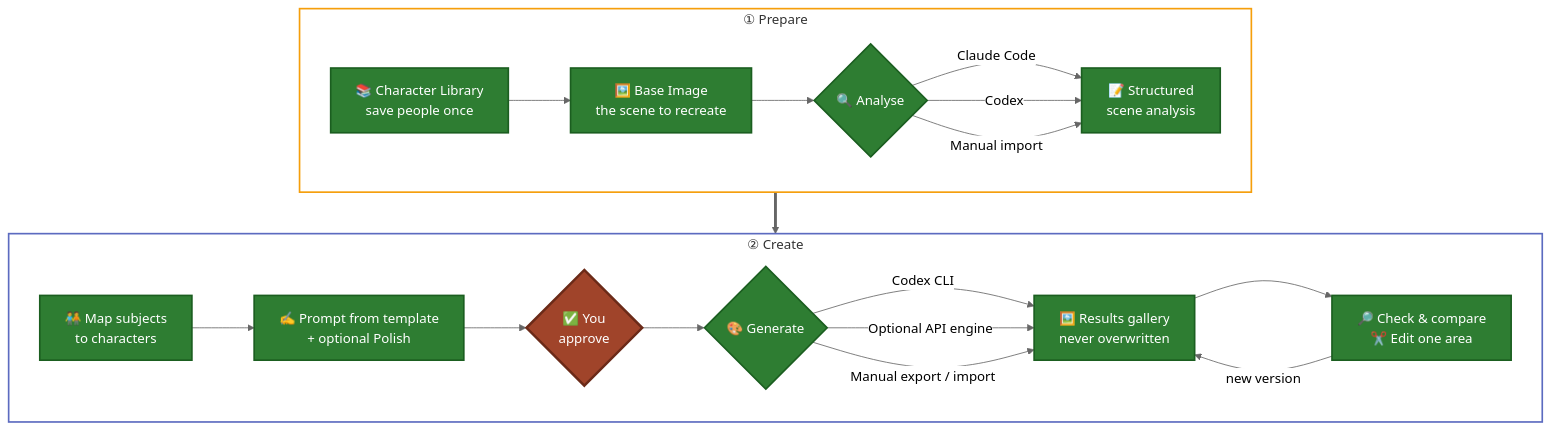
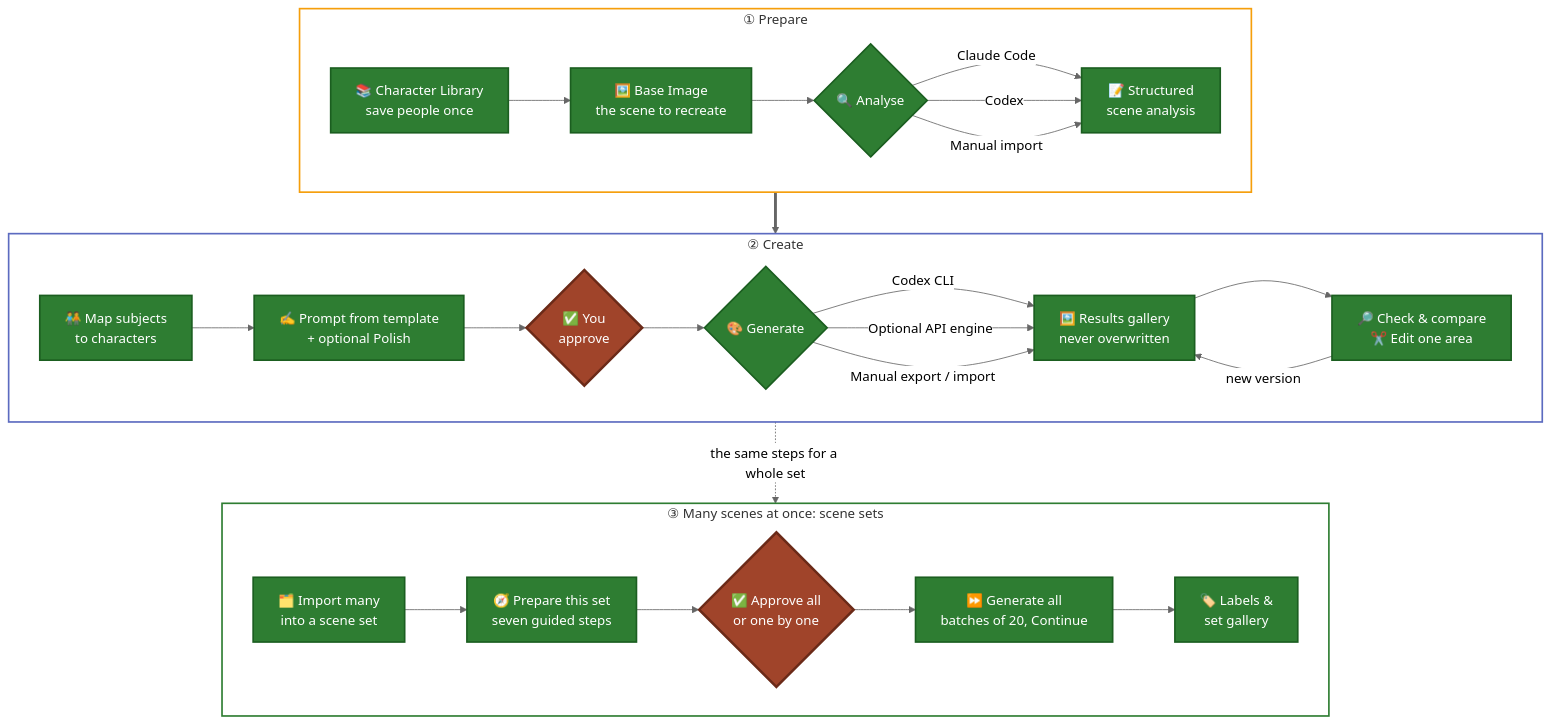
Before and after one commit to CyberSecurityChuck/Character-Studio: the first of 3 diagrams in README.md, drawn with Mermaid (neutral theme). The commit also changed other lines of this file and 6 other files, not shown here.

````diff
--- a/README.md
+++ b/README.md
@@ -71,30 +71,39 @@
 ```mermaid
 flowchart TB
     subgraph PREP["① Prepare"]
         direction LR
         A["📚 Character Library<br/>save people once"]:::done --> B["🖼️ Base Image<br/>the scene to recreate"]:::done
         B --> C{"🔍 Analyse"}:::done
         C -->|Claude Code| D["📝 Structured<br/>scene analysis"]:::done
         C -->|Codex| D
         C -->|Manual import| D
     end
     subgraph CREATE["② Create"]
         direction LR
         E["🧑‍🤝‍🧑 Map subjects<br/>to characters"]:::done --> F["✍️ Prompt from template<br/>+ optional Polish"]:::done
         F --> G{"✅ You<br/>approve"}:::approve
         G --> H{"🎨 Generate"}:::done
         H -->|Codex CLI| I["🖼️ Results gallery<br/>never overwritten"]:::done
         H -->|Optional API engine| I
         H -->|Manual export / import| I
         I --> J["🔎 Check & compare<br/>✂️ Edit one area"]:::done
         J -->|new version| I
     end
+    subgraph BULK["③ Many scenes at once: scene sets"]
+        direction LR
+        K["🗂️ Import many<br/>into a scene set"]:::done --> L["🧭 Prepare this set<br/>seven guided steps"]:::done
+        L --> M{"✅ Approve all<br/>or one by one"}:::approve
+        M --> N["⏩ Generate all<br/>batches of 20, Continue"]:::done
+        N --> O["🏷️ Labels &<br/>set gallery"]:::done
+    end
     PREP ==> CREATE
+    CREATE -. "the same steps for a whole set" .-> BULK
     style PREP fill:transparent,stroke:#F59E0B,stroke-width:2px
     style CREATE fill:transparent,stroke:#5C6BC0,stroke-width:2px
+    style BULK fill:transparent,stroke:#2E7D32,stroke-width:2px
 
     classDef done fill:#2E7D32,stroke:#1B5E20,color:#ffffff,stroke-width:2px
     classDef next fill:#F59E0B,stroke:#B45309,color:#1F1300,stroke-width:2px
     classDef planned fill:#5C6BC0,stroke:#3949AB,color:#ffffff,stroke-width:2px
     classDef approve fill:#A0442A,stroke:#6B2A18,color:#ffffff,stroke-width:3px
 ```
````
